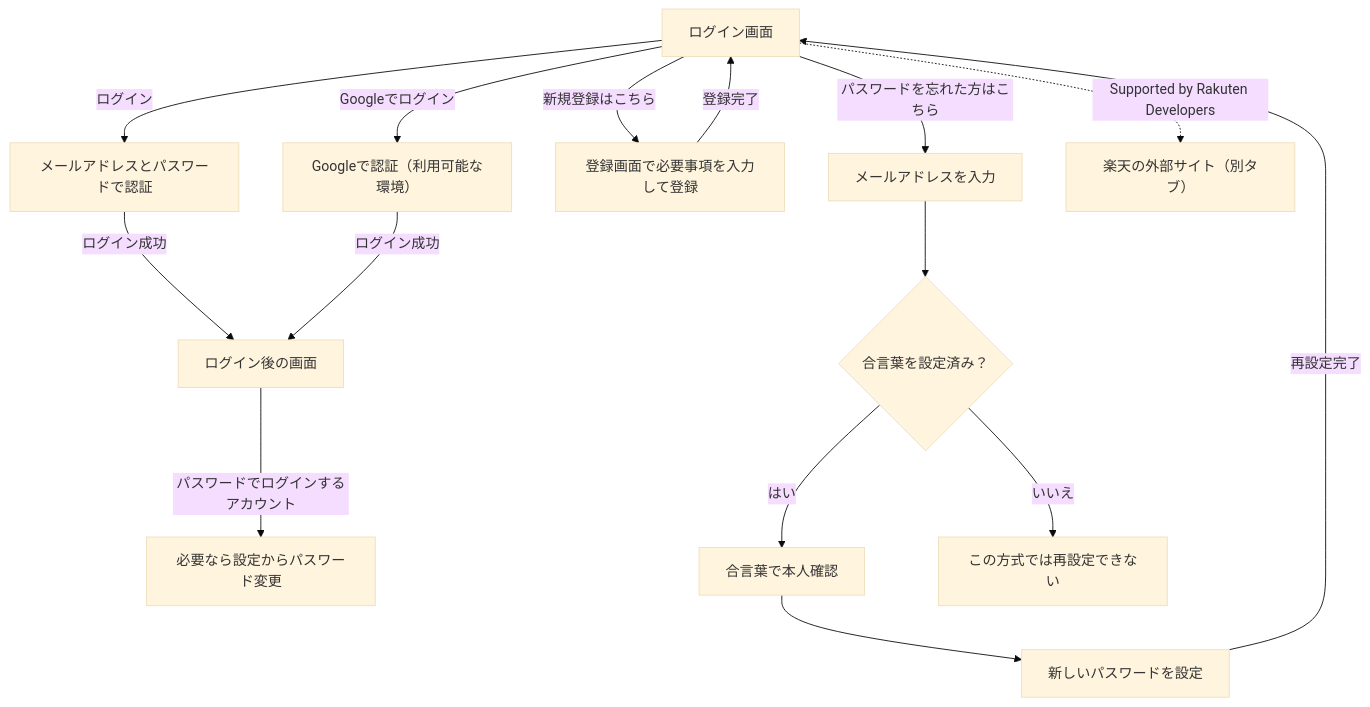
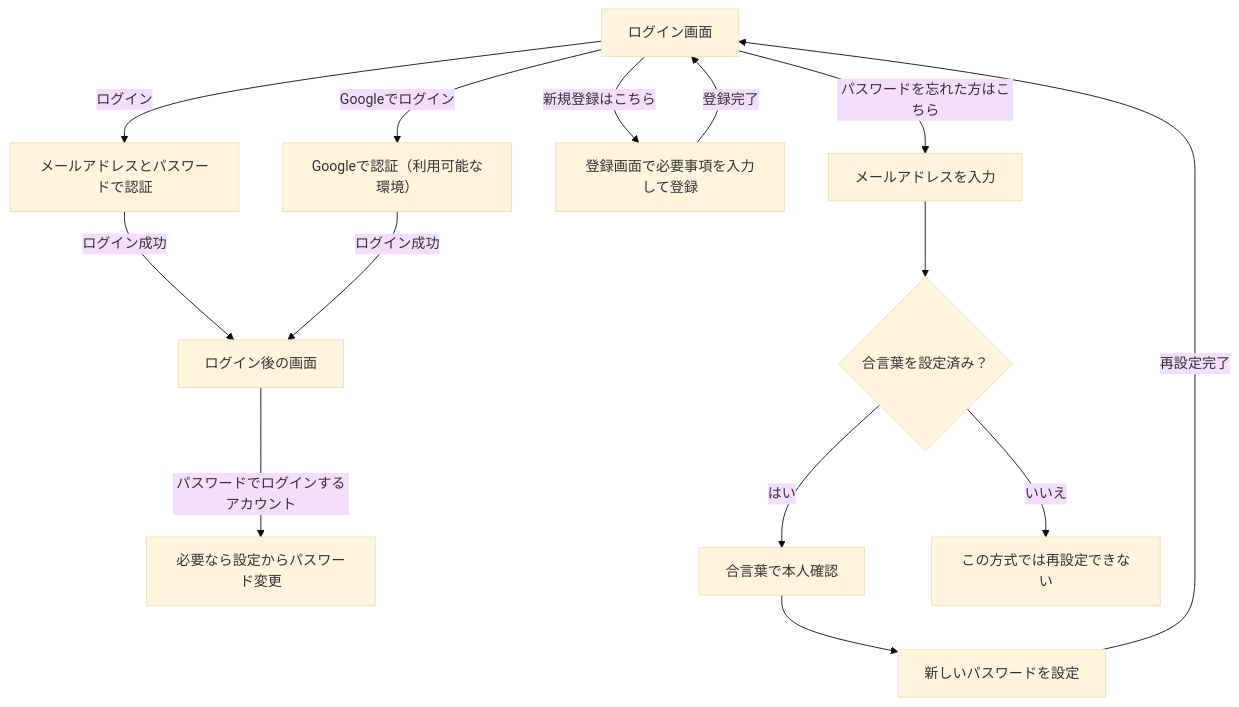
Before and after one commit to yamamotonaoki3/MyBookLibrary: the diagram in docs/features/auth.md, drawn with Mermaid (base theme).

Commit message:
docs: 認証フロー図から楽天の外部リンクを削除

````diff
--- a/docs/features/auth.md
+++ b/docs/features/auth.md
@@ -24,17 +24,16 @@
 ```mermaid
 flowchart TD
   A["ログイン画面"] -->|ログイン| B["メールアドレスとパスワードで認証"]
   B -->|ログイン成功| C["ログイン後の画面"]
   A -->|Googleでログイン| K["Googleで認証（利用可能な環境）"]
   K -->|ログイン成功| C
   C -->|パスワードでログインするアカウント| D["必要なら設定からパスワード変更"]
   A -->|新規登録はこちら| E["登録画面で必要事項を入力して登録"]
   E -->|登録完了| A
   A -->|パスワードを忘れた方はこちら| F["メールアドレスを入力"]
   F --> G{"合言葉を設定済み？"}
   G -->|はい| H["合言葉で本人確認"]
   H --> I["新しいパスワードを設定"]
   I -->|再設定完了| A
   G -->|いいえ| J["この方式では再設定できない"]
-  A -. Supported by Rakuten Developers .-> L["楽天の外部サイト（別タブ）"]
 ```
````
